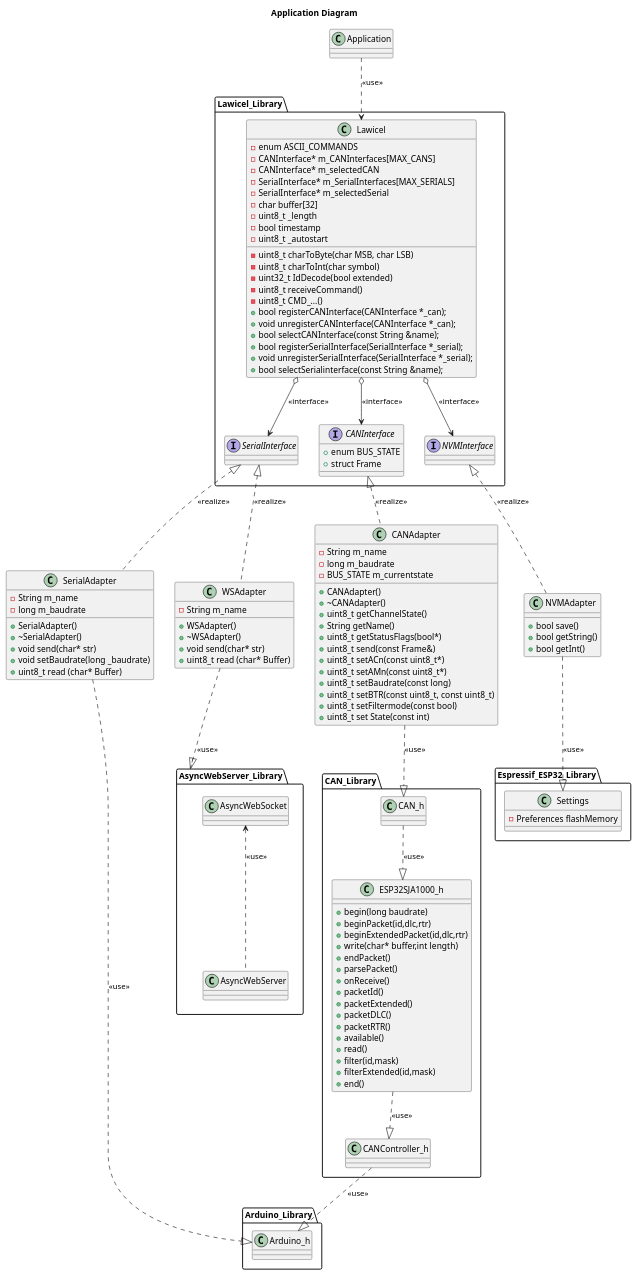
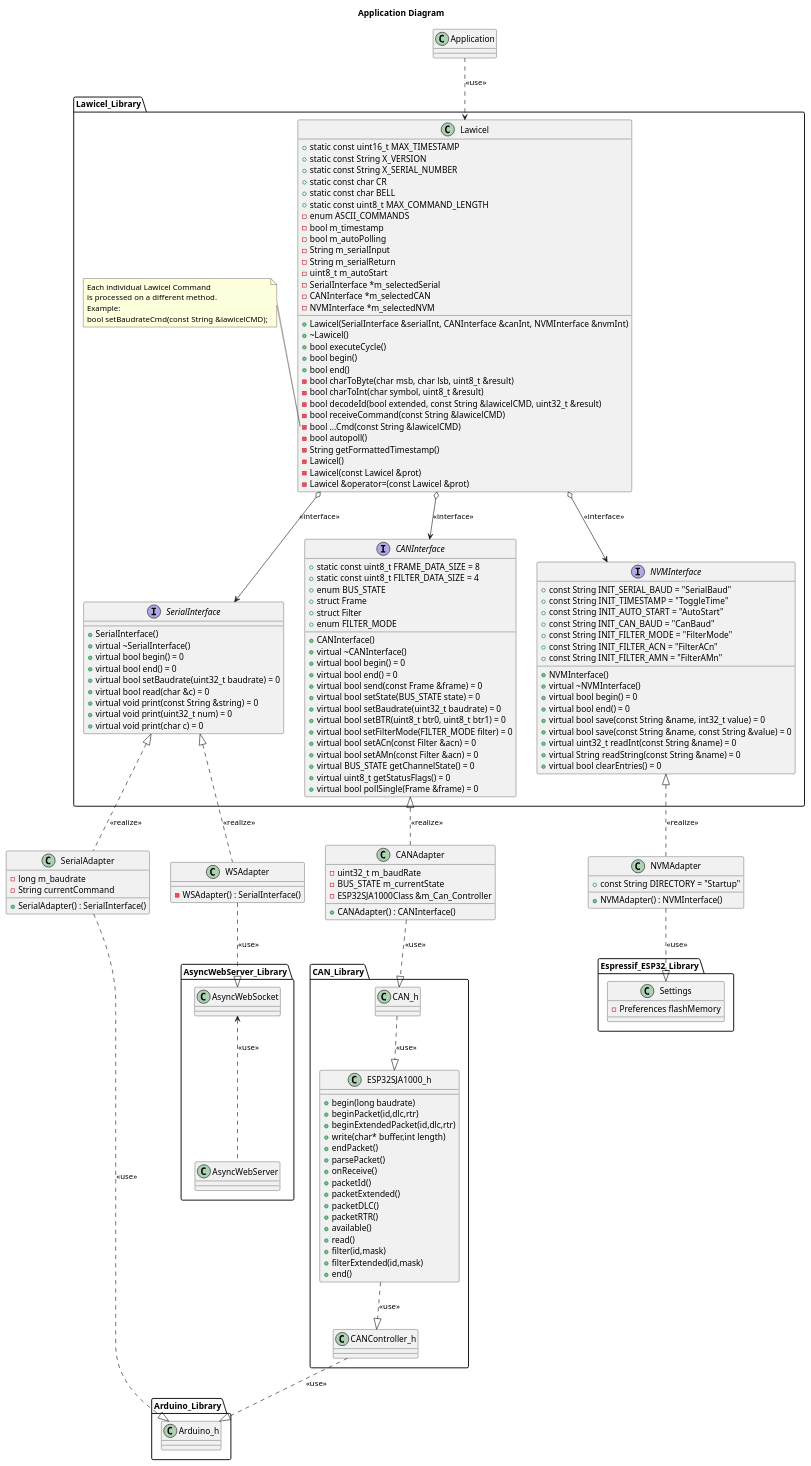
Before and after one commit to NewTec-GmbH/esp32-can-iot: the diagram in Coding/fw/doc/design/Architecture_Lawicel.plantuml, drawn with PlantUML.

Commit message:
Updated Lawicel Architecture Diagram

```diff
--- a/Coding/fw/doc/design/Architecture_Lawicel.plantuml
+++ b/Coding/fw/doc/design/Architecture_Lawicel.plantuml
@@ -1,144 +1,187 @@
 @startuml
 
 Title Application Diagram
 
 Class Application
 
 package Lawicel_Library <<Folder>>{
     Class Lawicel{
+        +static const uint16_t MAX_TIMESTAMP
+        +static const String X_VERSION
+        +static const String X_SERIAL_NUMBER
+        +static const char CR
+        +static const char BELL
+        +static const uint8_t MAX_COMMAND_LENGTH
+        +Lawicel(SerialInterface &serialInt, CANInterface &canInt, NVMInterface &nvmInt)
+        +~Lawicel()
+        +bool executeCycle()
+        +bool begin()
+        +bool end()
         -enum ASCII_COMMANDS
-        -uint8_t charToByte(char MSB, char LSB)
-        -uint8_t charToInt(char symbol)
-        -uint32_t IdDecode(bool extended)
-        -uint8_t receiveCommand()
-        -uint8_t CMD_...()
-        -CANInterface* m_CANInterfaces[MAX_CANS]
-        -CANInterface* m_selectedCAN
-        -SerialInterface* m_SerialInterfaces[MAX_SERIALS]
-        -SerialInterface* m_selectedSerial
-        -char buffer[32]
-        -uint8_t _length
-        -bool timestamp
-        -uint8_t _autostart
-        +bool registerCANInterface(CANInterface *_can);
-        +void unregisterCANInterface(CANInterface *_can);
-        +bool selectCANInterface(const String &name);
-        +bool registerSerialInterface(SerialInterface *_serial);
-        +void unregisterSerialInterface(SerialInterface *_serial);
-        +bool selectSerialinterface(const String &name);
+        -bool charToByte(char msb, char lsb, uint8_t &result)
+        -bool charToInt(char symbol, uint8_t &result)
+        -bool decodeId(bool extended, const String &lawicelCMD, uint32_t &result)
+        -bool receiveCommand(const String &lawicelCMD)
+        -bool ...Cmd(const String &lawicelCMD)
+        -bool autopoll()
+        -String getFormattedTimestamp()
+        -bool m_timestamp
+        -bool m_autoPolling
+        -String m_serialInput
+        -String m_serialReturn
+        -uint8_t m_autoStart
+        -SerialInterface *m_selectedSerial
+        -CANInterface *m_selectedCAN
+        -NVMInterface *m_selectedNVM
+        -Lawicel()
+        -Lawicel(const Lawicel &prot)
+        -Lawicel &operator=(const Lawicel &prot)
+    }
 
+    note left  of Lawicel::...Cmd
+    Each individual Lawicel Command
+    is processed on a different method.
+    Example:
+    bool setBaudrateCmd(const String &lawicelCMD);
+    end note
 
-    }
     Application ..> Lawicel : <<use>>
 
-    Interface SerialInterface
+    Interface SerialInterface{
+        +SerialInterface()
+        +virtual ~SerialInterface()
+        +virtual bool begin() = 0
+        +virtual bool end() = 0
+        +virtual bool setBaudrate(uint32_t baudrate) = 0
+        +virtual bool read(char &c) = 0
+        +virtual void print(const String &string) = 0
+        +virtual void print(uint32_t num) = 0
+        +virtual void print(char c) = 0
+    }
+
     Interface CANInterface {
+        +static const uint8_t FRAME_DATA_SIZE = 8
+        +static const uint8_t FILTER_DATA_SIZE = 4
         +enum BUS_STATE
         +struct Frame
+        +struct Filter
+        +enum FILTER_MODE
+        +CANInterface()
+        +virtual ~CANInterface()
+        +virtual bool begin() = 0
+        +virtual bool end() = 0
+        +virtual bool send(const Frame &frame) = 0
+        +virtual bool setState(BUS_STATE state) = 0
+        +virtual bool setBaudrate(uint32_t baudrate) = 0
+        +virtual bool setBTR(uint8_t btr0, uint8_t btr1) = 0
+        +virtual bool setFilterMode(FILTER_MODE filter) = 0
+        +virtual bool setACn(const Filter &acn) = 0
+        +virtual bool setAMn(const Filter &acn) = 0
+        +virtual BUS_STATE getChannelState() = 0
+        +virtual uint8_t getStatusFlags() = 0
+        +virtual bool pollSingle(Frame &frame) = 0
     }
-    Interface NVMInterface
+
+    Interface NVMInterface{
+        +const String INIT_SERIAL_BAUD = "SerialBaud"
+        +const String INIT_TIMESTAMP = "ToggleTime"
+        +const String INIT_AUTO_START = "AutoStart"
+        +const String INIT_CAN_BAUD = "CanBaud"
+        +const String INIT_FILTER_MODE = "FilterMode"
+        +const String INIT_FILTER_ACN = "FilterACn"
+        +const String INIT_FILTER_AMN = "FilterAMn"
+        +NVMInterface()
+        +virtual ~NVMInterface()
+        +virtual bool begin() = 0
+        +virtual bool end() = 0
+        +virtual bool save(const String &name, int32_t value) = 0
+        +virtual bool save(const String &name, const String &value) = 0
+        +virtual uint32_t readInt(const String &name) = 0
+        +virtual String readString(const String &name) = 0
+        +virtual bool clearEntries() = 0
+    }
 
     Lawicel o--> SerialInterface : <<interface>>
     Lawicel o--> CANInterface : <<interface>>
     Lawicel o--> NVMInterface : <<interface>>
 }
 
 Class SerialAdapter{
-    -String m_name
+    +SerialAdapter() : SerialInterface()
     -long m_baudrate
-    +SerialAdapter()
-    +~SerialAdapter()
-    +void send(char* str)
-    +void setBaudrate(long _baudrate)
-    +uint8_t read (char* Buffer)
+    -String currentCommand
 }
 
 Class CANAdapter{
-    -String m_name
-    -long m_baudrate
-    -BUS_STATE m_currentstate
-    +CANAdapter()
-    +~CANAdapter()
-    +uint8_t getChannelState()
-    +String getName()
-    +uint8_t getStatusFlags(bool*)
-    +uint8_t send(const Frame&)
-    +uint8_t setACn(const uint8_t*)
-    +uint8_t setAMn(const uint8_t*)
-    +uint8_t setBaudrate(const long)
-    +uint8_t setBTR(const uint8_t, const uint8_t)
-    +uint8_t setFiltermode(const bool)
-    +uint8_t set State(const int)
+    +CANAdapter() : CANInterface()
+    -uint32_t m_baudRate
+    -BUS_STATE m_currentState
+    -ESP32SJA1000Class &m_Can_Controller
 }
 
 Class NVMAdapter{
-    +bool save()
-    +bool getString()
-    +bool getInt()
+    +const String DIRECTORY = "Startup"
+    +NVMAdapter() : NVMInterface()
 }
 
 Class WSAdapter{
-    -String m_name
-    +WSAdapter()
-    +~WSAdapter()
-    +void send(char* str)
-    +uint8_t read (char* Buffer)
+    -WSAdapter() : SerialInterface()
 }
 
 NVMInterface <|.down. NVMAdapter : <<realize>>
 SerialInterface <|.down. SerialAdapter : <<realize>>
 CANInterface <|.down. CANAdapter : <<realize>>
 SerialInterface <|.down. WSAdapter : <<realize>>
 
 package Espressif_ESP32_Library{
     Class Settings{
 
         -Preferences flashMemory
     }
 }
 
 NVMAdapter ..|> Settings : <<use>>
 
 package Arduino_Library{
     Class Arduino_h
     Arduino_h  <|.up. SerialAdapter : <<use>>
 }
 
 package CAN_Library <<Folder>>{
     Class CAN_h
     Class ESP32SJA1000_h{
         +begin(long baudrate)
         +beginPacket(id,dlc,rtr)
         +beginExtendedPacket(id,dlc,rtr)
         +write(char* buffer,int length)
         +endPacket()
         +parsePacket()
         +onReceive()
         +packetId()
         +packetExtended()
         +packetDLC()
         +packetRTR()
         +available()
         +read()
         +filter(id,mask)
         +filterExtended(id,mask)
         +end()
     }
     Class CANController_h
     CAN_h  <|.up. CANAdapter: <<use>>
     ESP32SJA1000_h  <|.up. CAN_h: <<use>>
     CANController_h  <|.up. ESP32SJA1000_h: <<use>>
     Arduino_h  <|.up. CANController_h: <<use>>
 }
 
 package AsyncWebServer_Library <<Folder>>{
     class AsyncWebServer
     class AsyncWebSocket
 
     AsyncWebSocket <.. AsyncWebServer : <<use>>
 }
 
-WSAdapter ..|> AsyncWebServer_Library : <<use>>
+WSAdapter ..|> AsyncWebSocket : <<use>>
 
 
 @enduml
```
